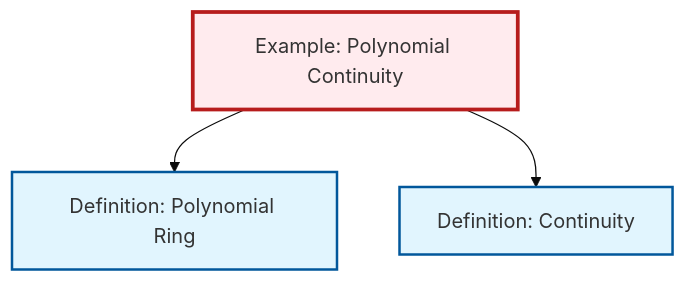
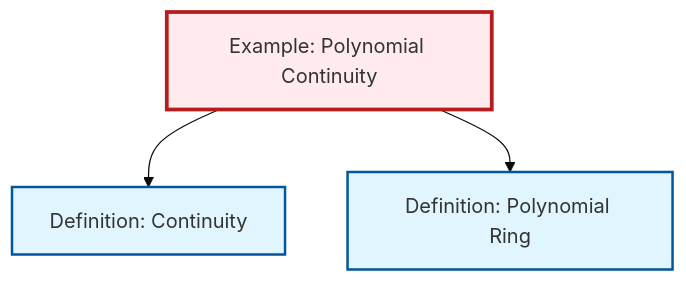
One commit to RK0429/ModernMath changed the diagram in content/en/analysis/ex-polynomial-continuity.qmd. Above: the diagram before and after it, drawn with Mermaid (base theme). The commit also changed other lines of this file and 554 other files, not shown here.

````diff
--- a/content/en/analysis/ex-polynomial-continuity.qmd
+++ b/content/en/analysis/ex-polynomial-continuity.qmd
@@ -57,17 +57,17 @@
 ```{mermaid}
 %%| fig-cap: "Local dependency graph"
 graph TD
     classDef definition fill:#e1f5fe,stroke:#01579b,stroke-width:2px
     classDef theorem fill:#f3e5f5,stroke:#4a148c,stroke-width:2px
     classDef axiom fill:#fff3e0,stroke:#e65100,stroke-width:2px
     classDef example fill:#e8f5e9,stroke:#1b5e20,stroke-width:2px
     classDef current fill:#ffebee,stroke:#b71c1c,stroke-width:3px
+    def-polynomial-ring["Definition: Polynomial Ring"]:::definition
     def-continuity["Definition: Continuity"]:::definition
     ex-polynomial-continuity["Example: Polynomial Continuity"]:::example
-    def-polynomial-ring["Definition: Polynomial Ring"]:::definition
+    ex-polynomial-continuity --> def-continuity
     ex-polynomial-continuity --> def-polynomial-ring
-    ex-polynomial-continuity --> def-continuity
     class ex-polynomial-continuity current
+    click def-polynomial-ring "def-polynomial-ring.html" "Go to Polynomial Ring definition"
     click def-continuity "def-continuity.html" "Go to Continuity definition"
-    click def-polynomial-ring "def-polynomial-ring.html" "Go to Polynomial Ring definition"
 ```
````
